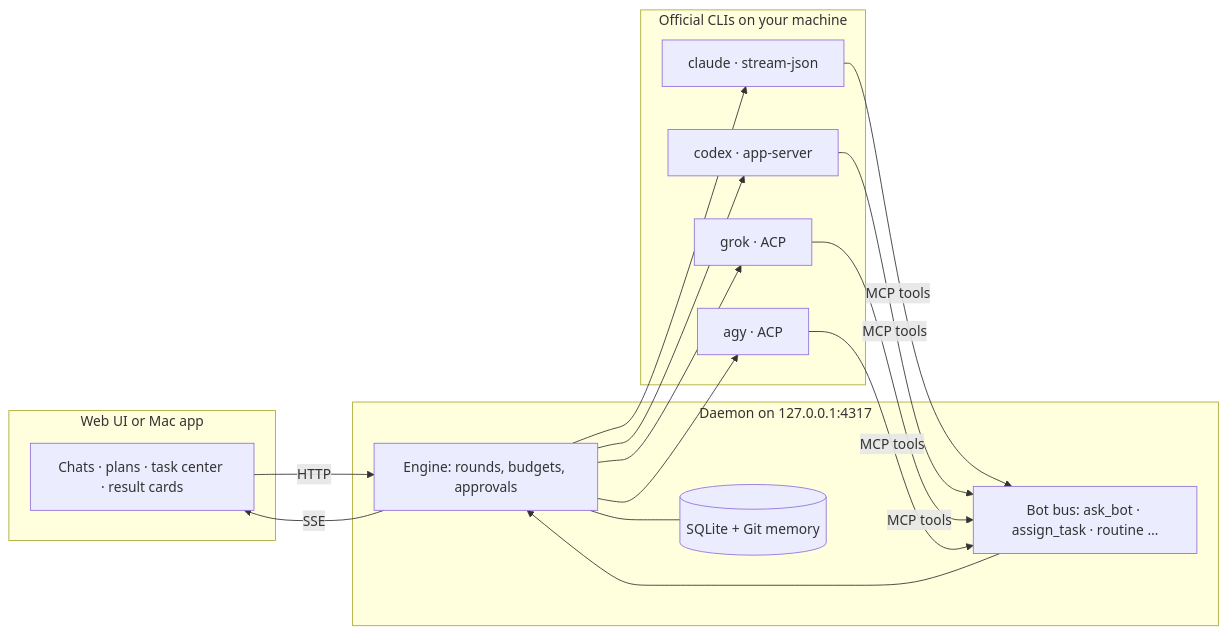
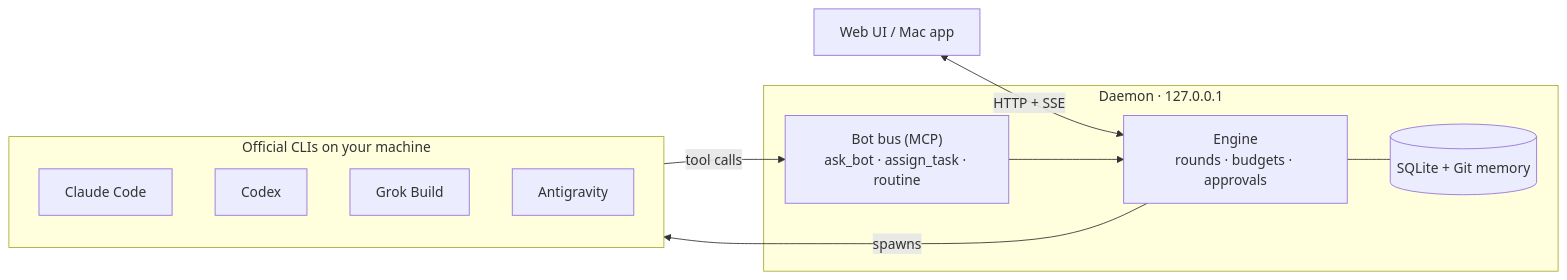
One commit to zxyalone/bot-platform changed the diagram in README.md. Above: the diagram before and after it, drawn with Mermaid. The commit also changed 1 other file, not shown here.

Commit message:
README：简化架构图

````diff
--- a/README.md
+++ b/README.md
@@ -142,22 +142,20 @@
 ```mermaid
 flowchart LR
-    subgraph ui ["Web UI or Mac app"]
-        A[Chats · plans · task center · result cards]
+    UI["Web UI / Mac app"] <-- "HTTP + SSE" --> ENG
+    subgraph daemon ["Daemon · 127.0.0.1"]
+        ENG["Engine<br/>rounds · budgets · approvals"]
+        BUS["Bot bus (MCP)<br/>ask_bot · assign_task · routine"]
+        DB[("SQLite + Git memory")]
+        BUS --> ENG
+        ENG --- DB
     end
-    subgraph daemon ["Daemon on 127.0.0.1:4317"]
-        E[Engine: rounds, budgets, approvals]
-        B[Bot bus: ask_bot · assign_task · routine …]
-        S[(SQLite + Git memory)]
+    ENG -- spawns --> agents
+    subgraph agents ["Official CLIs on your machine"]
+        direction TB
+        C["Claude Code"]
+        X["Codex"]
+        G["Grok Build"]
+        Y["Antigravity"]
     end
-    subgraph agents ["Official CLIs on your machine"]
-        C[claude · stream-json]
-        X[codex · app-server]
-        G[grok · ACP]
-        Y[agy · ACP]
-    end
-    A -- HTTP --> E
-    E -- SSE --> A
-    E --> C & X & G & Y
-    C & X & G & Y -- MCP tools --> B --> E
-    E --- S
+    agents -- "tool calls" --> BUS
 ```
````
